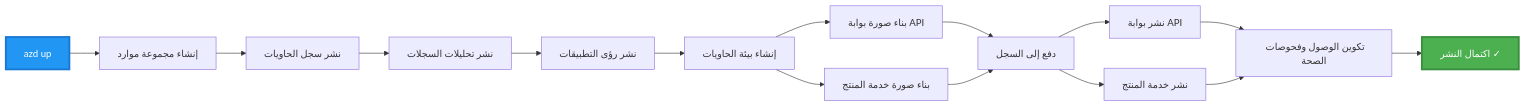
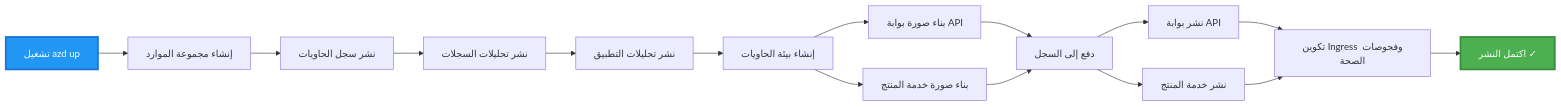
The third of 4 diagrams in translations/ar/examples/microservices/README.md (microsoft/AZD-for-beginners), drawn with Mermaid before and after one commit. The commit also changed other lines of this file and 242 other files, not shown here.

````diff
--- a/translations/ar/examples/microservices/README.md
+++ b/translations/ar/examples/microservices/README.md
@@ -242,20 +233,20 @@
 ```mermaid
 graph LR
-    A[azd up] --> B[إنشاء مجموعة موارد]
+    A[تشغيل azd up] --> B[إنشاء مجموعة الموارد]
     B --> C[نشر سجل الحاويات]
     C --> D[نشر تحليلات السجلات]
-    D --> E[نشر رؤى التطبيقات]
+    D --> E[نشر تحليلات التطبيق]
     E --> F[إنشاء بيئة الحاويات]
     F --> G[بناء صورة بوابة API]
     F --> H[بناء صورة خدمة المنتج]
     G --> I[دفع إلى السجل]
     H --> I
     I --> J[نشر بوابة API]
     I --> K[نشر خدمة المنتج]
-    J --> L[تكوين الوصول وفحوصات الصحة]
+    J --> L[تكوين Ingress وفحوصات الصحة]
     K --> L
-    L --> M[اكتمال النشر ✓]
+    L --> M[اكتمل النشر ✓]
     
     style A fill:#2196F3,stroke:#1976D2,stroke-width:3px,color:#fff
     style M fill:#4CAF50,stroke:#388E3C,stroke-width:3px,color:#fff
 ```
````
